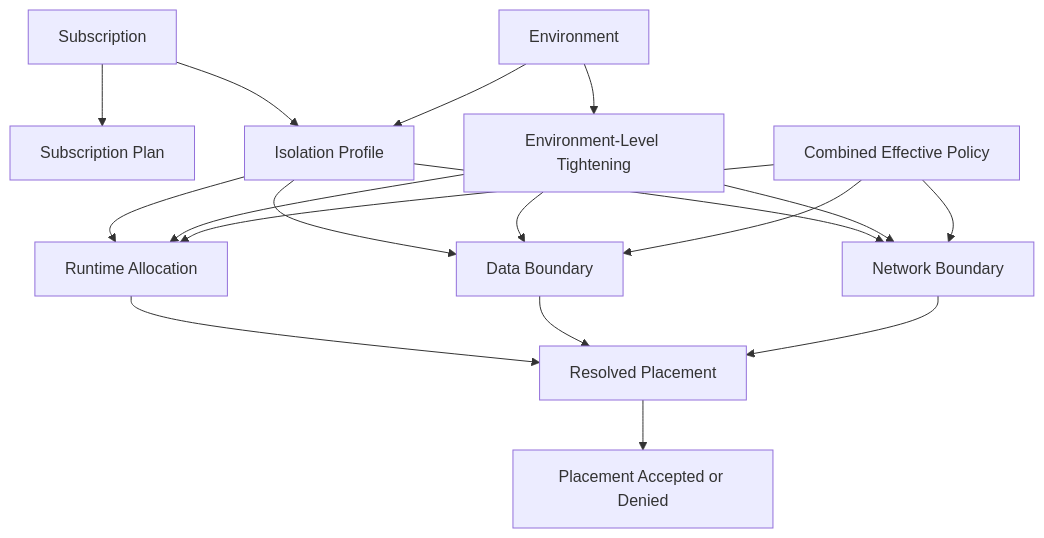
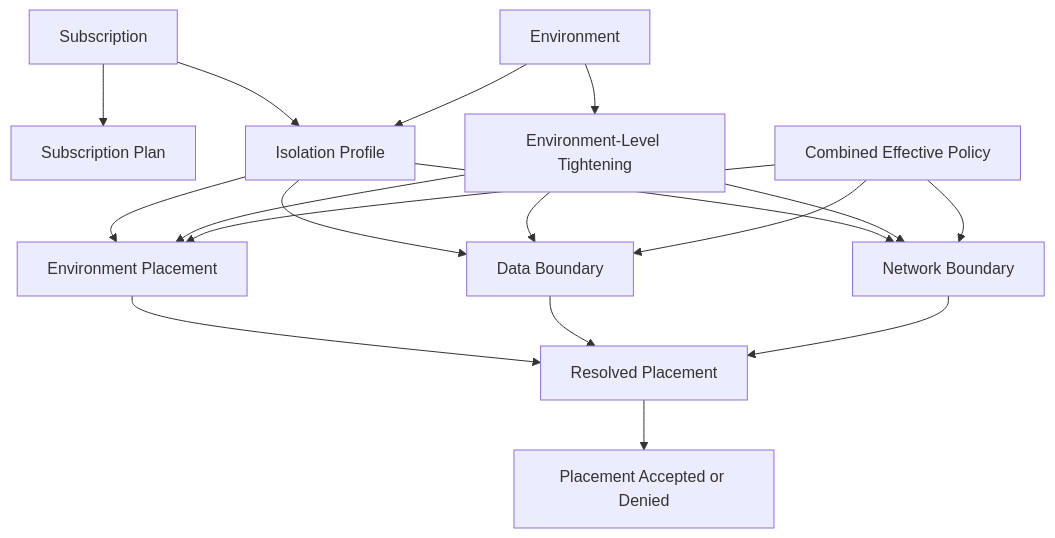
The third of 3 diagrams in documentation/arc42/06_runtime_view.adoc (stefan-karlsson/software-architecture), drawn with Mermaid before and after one commit. The commit also changed other lines of this file and 16 other files, not shown here.

```diff
--- a/documentation/arc42/06_runtime_view.adoc
+++ b/documentation/arc42/06_runtime_view.adoc
@@ -66,21 +66,21 @@
 [mermaid, format=svg]
 ....
 flowchart TD
   Subscription["Subscription"] --> Plan["Subscription Plan"]
   Subscription --> IsolationProfile["Isolation Profile"]
   Environment["Environment"] --> IsolationProfile
-  IsolationProfile --> RuntimeAllocation["Runtime Allocation"]
+  IsolationProfile --> EnvironmentPlacement["Environment Placement"]
   IsolationProfile --> DataBoundary["Data Boundary"]
   IsolationProfile --> NetworkBoundary["Network Boundary"]
   Environment --> Tightening["Environment-Level Tightening"]
-  Tightening --> RuntimeAllocation
+  Tightening --> EnvironmentPlacement
   Tightening --> DataBoundary
   Tightening --> NetworkBoundary
-  Policy["Combined Effective Policy"] --> RuntimeAllocation
+  Policy["Combined Effective Policy"] --> EnvironmentPlacement
   Policy --> DataBoundary
   Policy --> NetworkBoundary
-  RuntimeAllocation --> Placement["Resolved Placement"]
+  EnvironmentPlacement --> Placement["Resolved Placement"]
   DataBoundary --> Placement
   NetworkBoundary --> Placement
   Placement --> AcceptDeny["Placement Accepted or Denied"]
 ....
```
